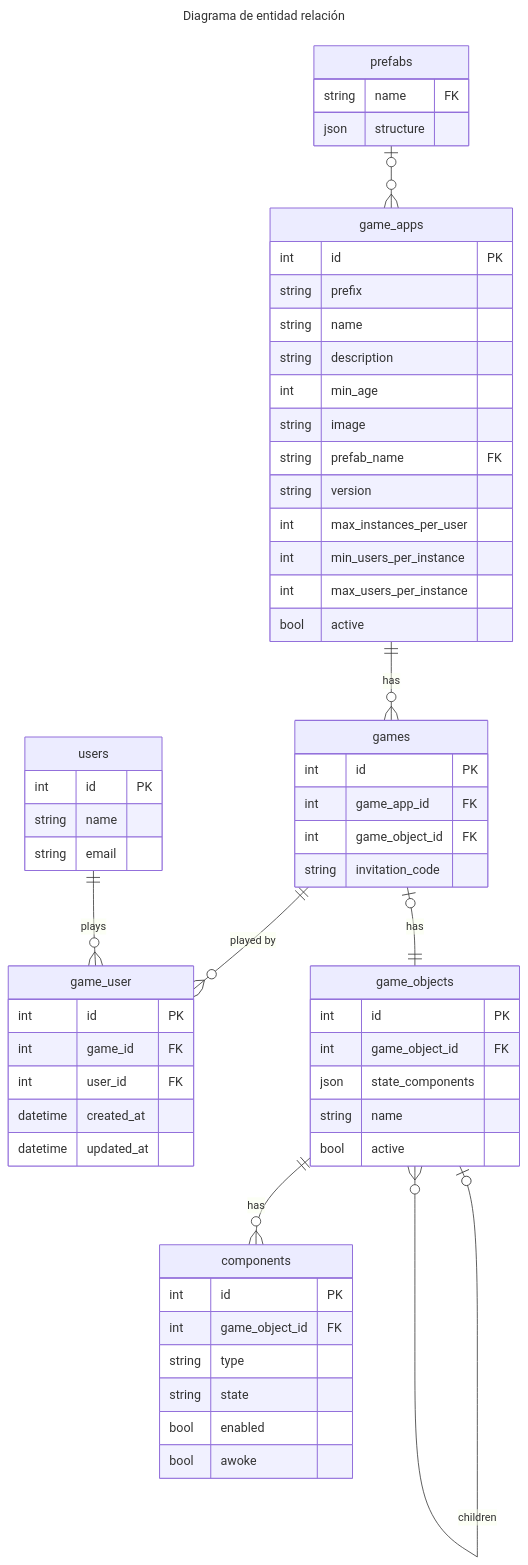
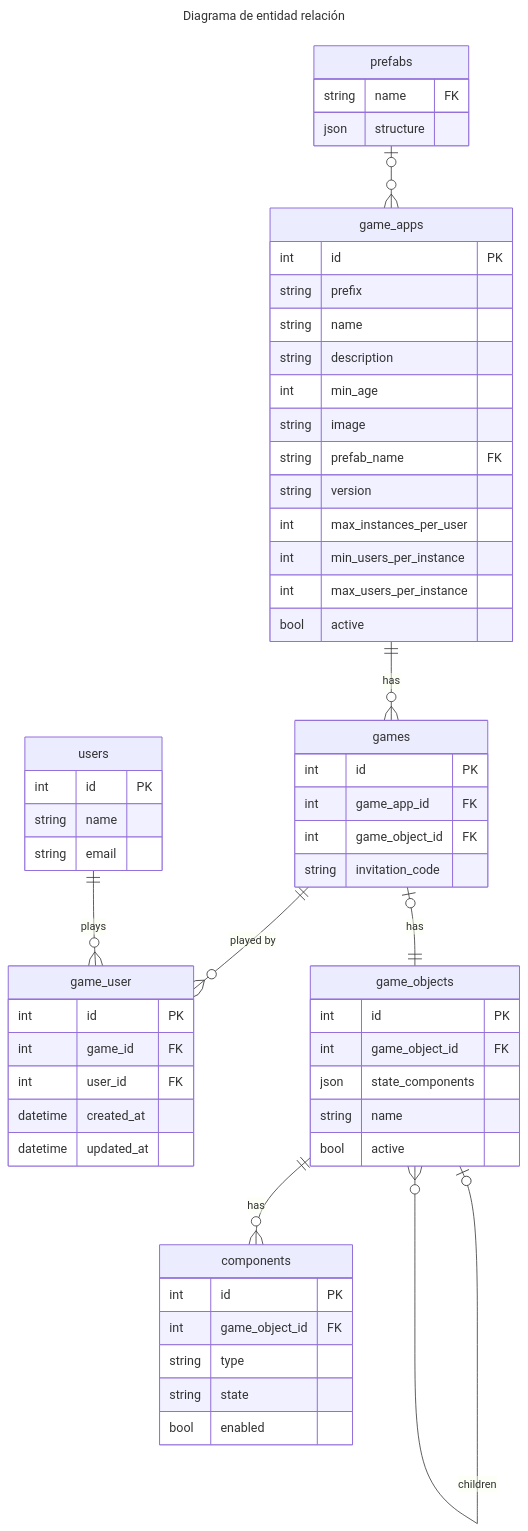
Before and after one commit to eormeno/base-project: the fourth of 4 diagrams in docs/class_diagrams.md, drawn with Mermaid. The commit also changed other lines of this file and 7 other files, not shown here.

````diff
--- a/docs/class_diagrams.md
+++ b/docs/class_diagrams.md
@@ -107,71 +106,70 @@
 ```mermaid
 ---
 title: Diagrama de entidad relación
 ---
 erDiagram
     game_apps ||--o{ games : "has"
     games ||--o{ game_user : "played by"
     game_objects ||--o{ components : "has"
     game_objects one or zero -- zero or many game_objects : "children"
     prefabs one or zero --o{ game_apps : ""
     users ||--o{ game_user : "plays"
     games one or zero -- 1 game_objects : "has"
 
     game_apps {
         int id PK
         string prefix
         string name
         string description
         int min_age
         string image
         string prefab_name FK
         string version
         int max_instances_per_user
         int min_users_per_instance
         int max_users_per_instance
         bool active
     }
 
     games {
         int id PK
         int game_app_id FK
         int game_object_id FK
         string invitation_code
     }
 
     game_user {
         int id PK
         int game_id FK
         int user_id FK
         datetime created_at
         datetime updated_at
     }
 
     prefabs {
         string name FK
         json structure
     }
 
     game_objects {
         int id PK
         int game_object_id FK
         json state_components
         string name
         bool active
     }
 
     components {
         int id PK
         int game_object_id FK
         string type
         string state
         bool enabled
-        bool awoke
     }
 
     users {
         int id PK
         string name
         string email
     }
 ```
````
